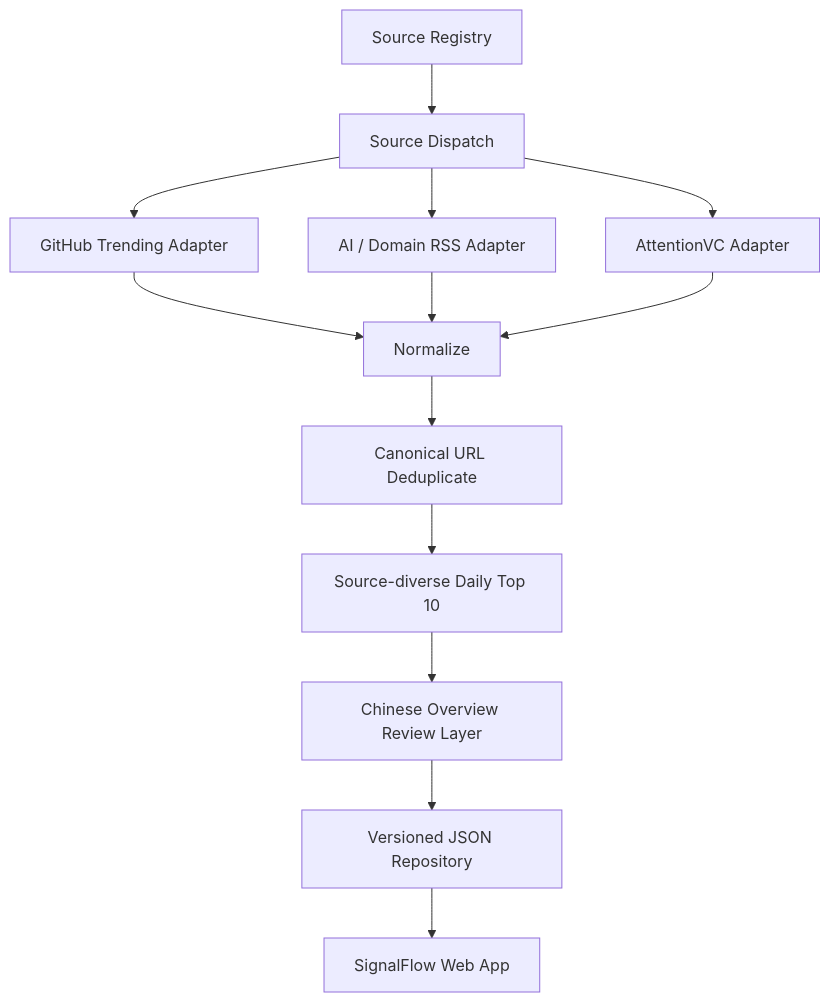
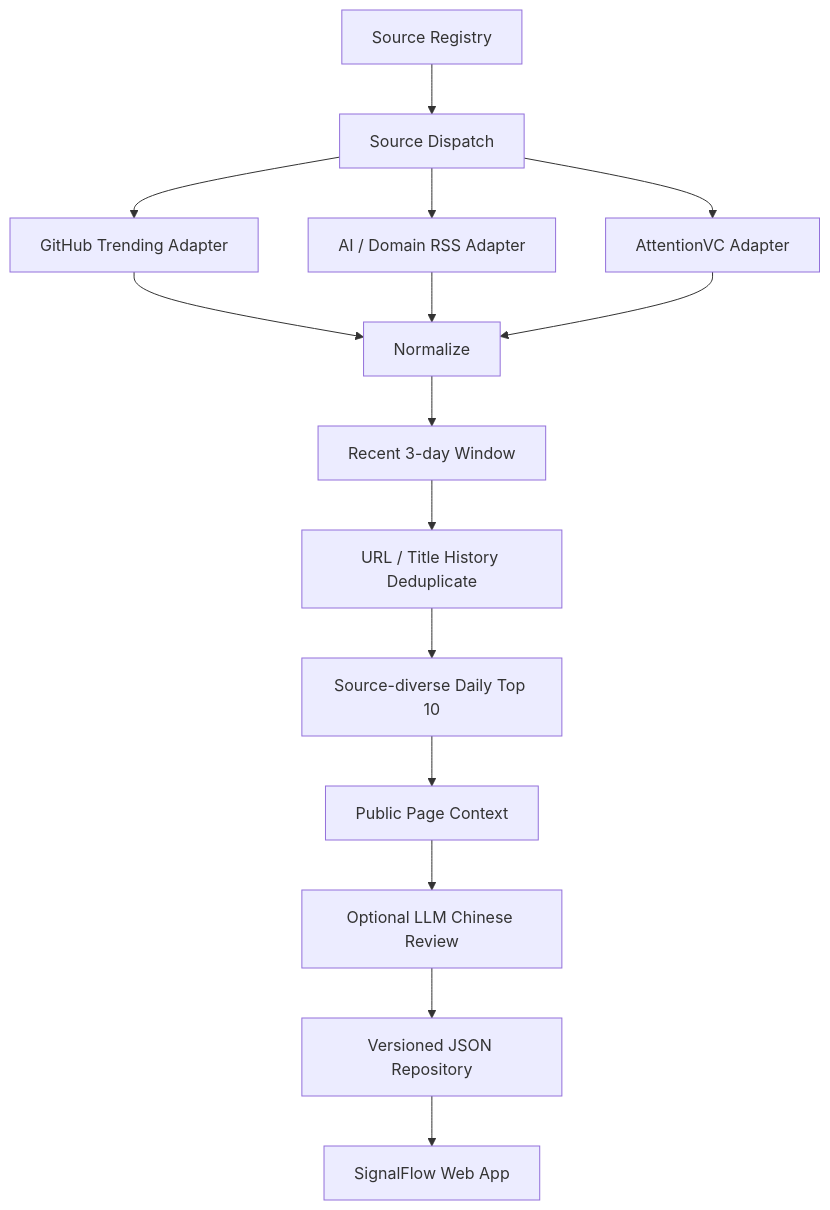
Before and after one commit to bbc804208302/AIPM-: the second of 4 diagrams in README.md, drawn with Mermaid. The commit also changed other lines of this file and 5 other files, not shown here.

````diff
--- a/README.md
+++ b/README.md
@@ -117,15 +121,17 @@
 ```mermaid
 flowchart TD
   R[Source Registry] --> D[Source Dispatch]
   D --> G[GitHub Trending Adapter]
   D --> M[AI / Domain RSS Adapter]
   D --> X[AttentionVC Adapter]
   G --> N[Normalize]
   M --> N
   X --> N
-  N --> U[Canonical URL Deduplicate]
+  N --> F[Recent 3-day Window]
+  F --> U[URL / Title History Deduplicate]
   U --> T[Source-diverse Daily Top 10]
-  T --> C[Chinese Overview Review Layer]
+  T --> P[Public Page Context]
+  P --> C[Optional LLM Chinese Review]
   C --> J[Versioned JSON Repository]
   J --> W[SignalFlow Web App]
 ```
````
